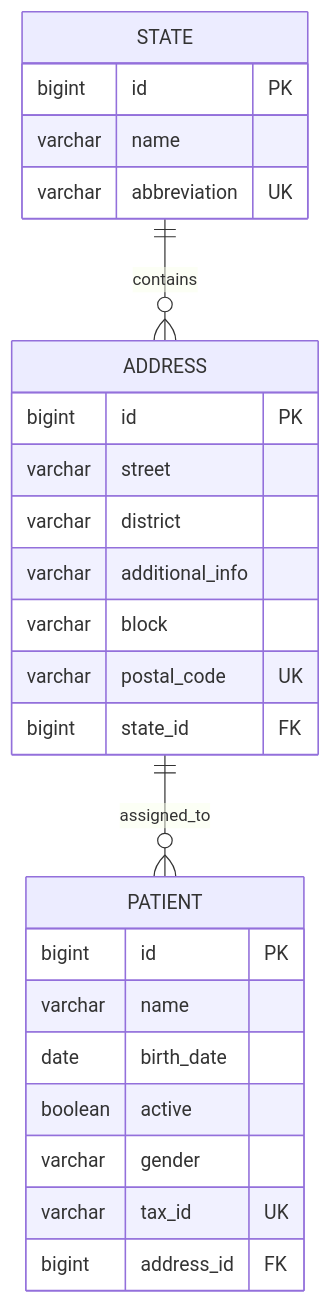
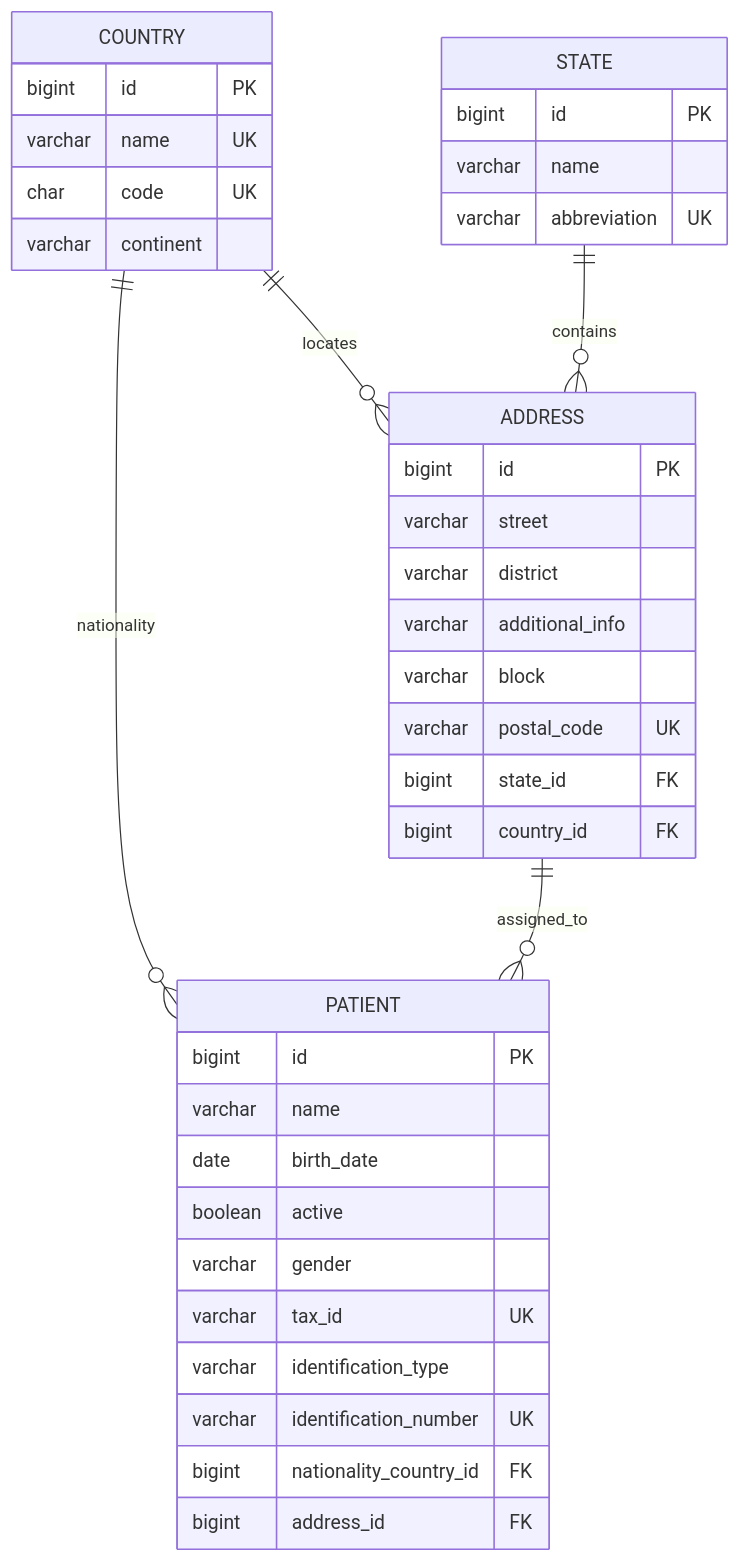
Before and after one commit to blnunes/sisdent: the fourth of 6 diagrams in docs/ARCHITECTURE.md, drawn with Mermaid. The commit also changed other lines of this file and 38 other files, not shown here.

````diff
--- a/docs/ARCHITECTURE.md
+++ b/docs/ARCHITECTURE.md
@@ -97,29 +97,41 @@
 ```mermaid
 erDiagram
+    COUNTRY ||--o{ ADDRESS : locates
+    COUNTRY ||--o{ PATIENT : nationality
     STATE ||--o{ ADDRESS : contains
     ADDRESS ||--o{ PATIENT : assigned_to
 
     STATE {
         bigint id PK
         varchar name
         varchar abbreviation UK
+    }
+    COUNTRY {
+        bigint id PK
+        varchar name UK
+        char code UK
+        varchar continent
     }
     ADDRESS {
         bigint id PK
         varchar street
         varchar district
         varchar additional_info
         varchar block
         varchar postal_code UK
         bigint state_id FK
+        bigint country_id FK
     }
     PATIENT {
         bigint id PK
         varchar name
         date birth_date
         boolean active
         varchar gender
         varchar tax_id UK
+        varchar identification_type
+        varchar identification_number UK
+        bigint nationality_country_id FK
         bigint address_id FK
     }
 ```
````
